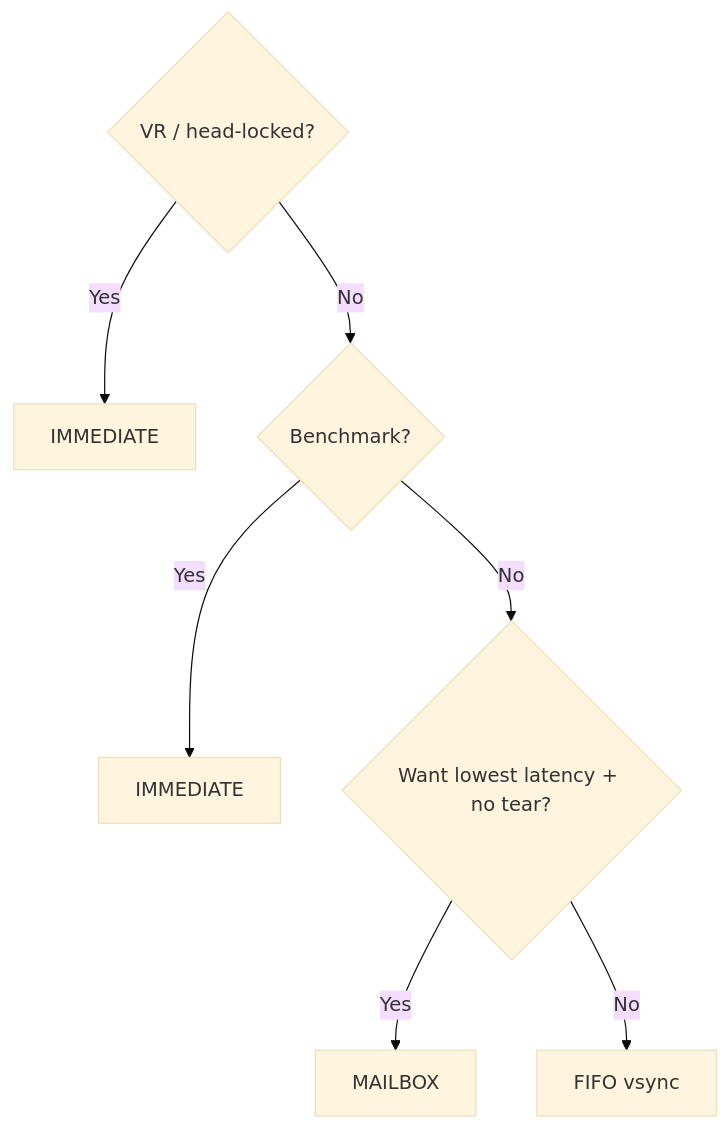
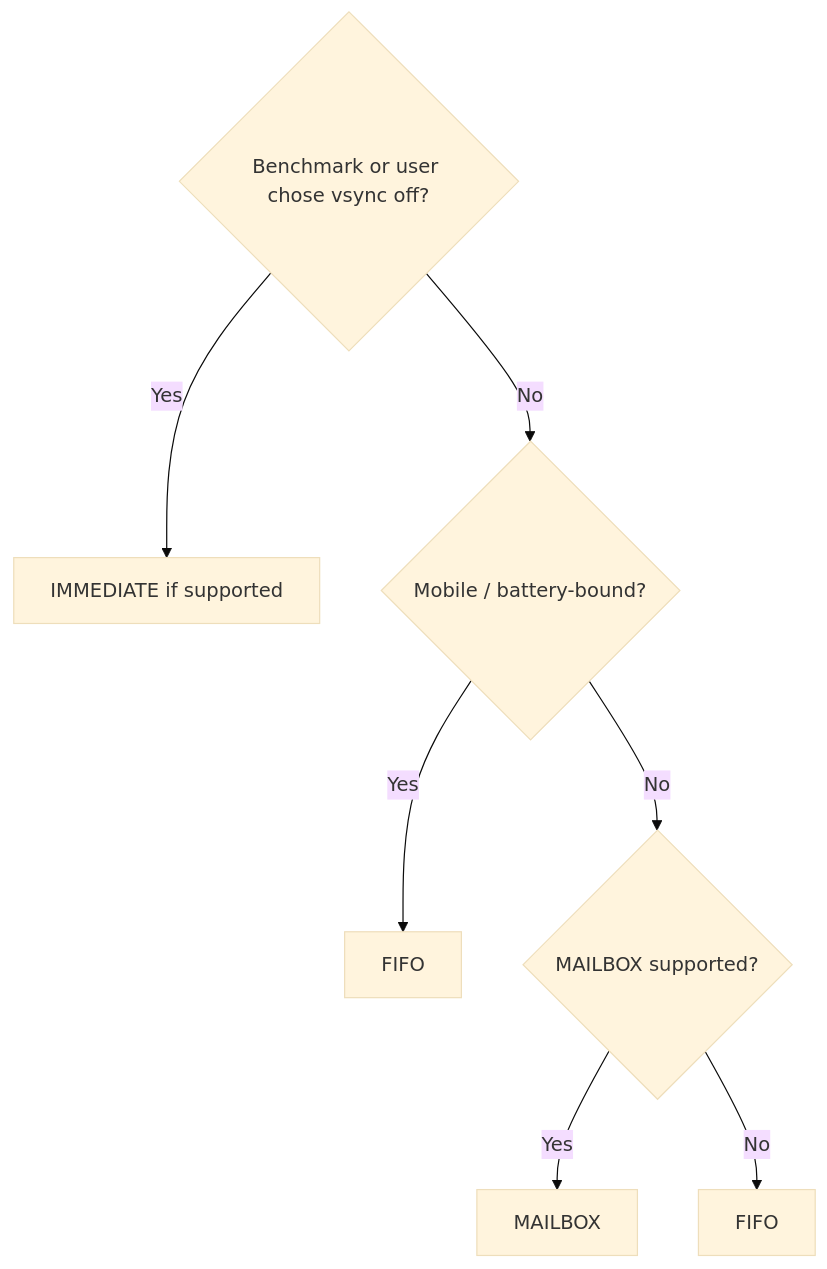
The first of 2 diagrams in skills/game/game-development/vulkan/SKILL.md (j4flmao/agent-skills), drawn with Mermaid (base theme) before and after one commit. The commit also changed other lines of this file and 1218 other files, not shown here.

````diff
--- a/skills/game/game-development/vulkan/SKILL.md
+++ b/skills/game/game-development/vulkan/SKILL.md
@@ -526,7 +611,7 @@
 ```mermaid
 flowchart TD
-    A{VR / head-locked?} -->|Yes| B[IMMEDIATE]
-    A -->|No| C{Benchmark?} -->|Yes| D[IMMEDIATE]
-    C -->|No| E{Want lowest latency + no tear?} -->|Yes| F[MAILBOX]
-    E -->|No| G[FIFO vsync]
+    A{Benchmark or user chose vsync off?} -->|Yes| B[IMMEDIATE if supported]
+    A -->|No| C{Mobile / battery-bound?} -->|Yes| D[FIFO]
+    C -->|No| E{MAILBOX supported?} -->|Yes| F[MAILBOX]
+    E -->|No| G[FIFO]
 ```
````
